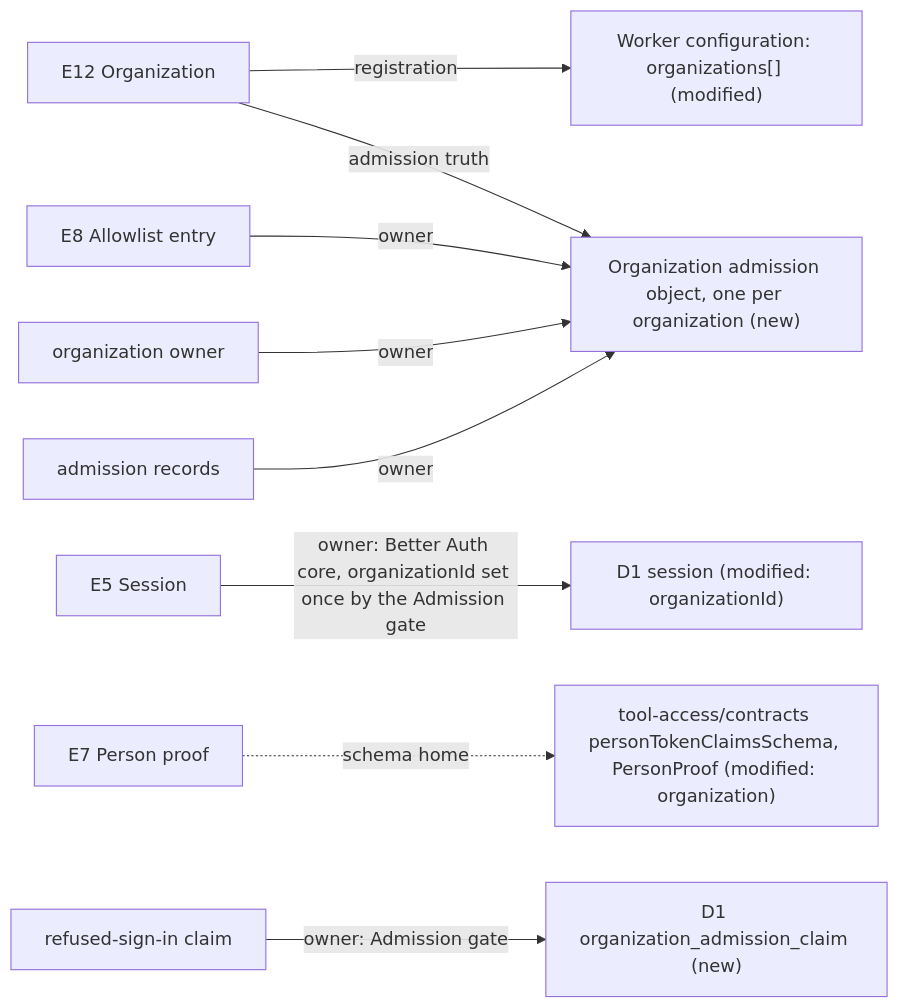
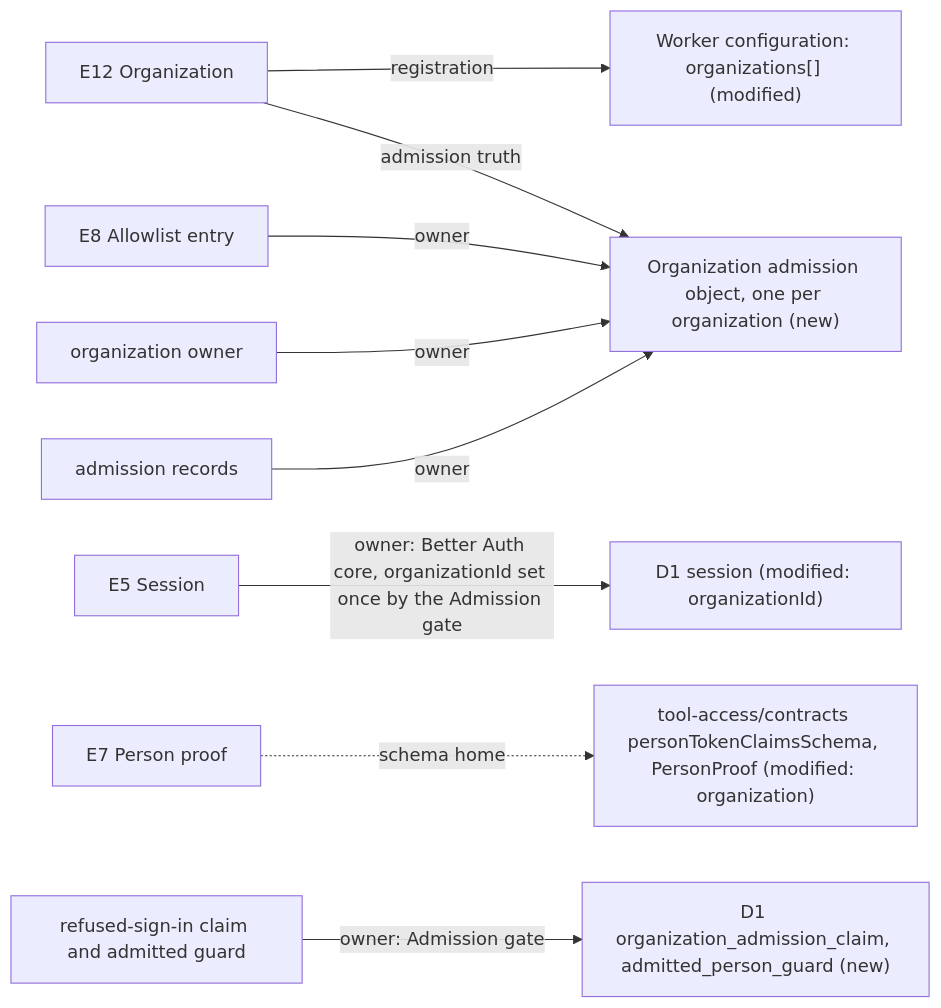
Before and after one commit to ShravanSunder/agent-vm: the second of 5 diagrams in docs/specs/2026-10-20-people-sign-in/program-design.md, drawn with Mermaid. The commit also changed other lines of this file and 9 other files, not shown here.

````diff
--- a/docs/specs/2026-10-20-people-sign-in/program-design.md
+++ b/docs/specs/2026-10-20-people-sign-in/program-design.md
@@ -112,11 +112,11 @@
 ```mermaid
 flowchart LR
   E12["E12 Organization"] -->|registration| CFG["Worker configuration: organizations[] (modified)"]
   E12 -->|admission truth| OA["Organization admission object, one per organization (new)"]
   E8["E8 Allowlist entry"] -->|owner| OA
   OWN["organization owner"] -->|owner| OA
   E5["E5 Session"] -->|"owner: Better Auth core, organizationId set once by the Admission gate"| D1S["D1 session (modified: organizationId)"]
   E7["E7 Person proof"] -.->|schema home| TAC["tool-access/contracts personTokenClaimsSchema, PersonProof (modified: organization)"]
-  CLM["refused-sign-in claim"] -->|owner: Admission gate| D1C["D1 organization_admission_claim (new)"]
+  CLM["refused-sign-in claim and admitted guard"] -->|owner: Admission gate| D1C["D1 organization_admission_claim, admitted_person_guard (new)"]
   AUD["admission records"] -->|owner| OA
 ```
````
